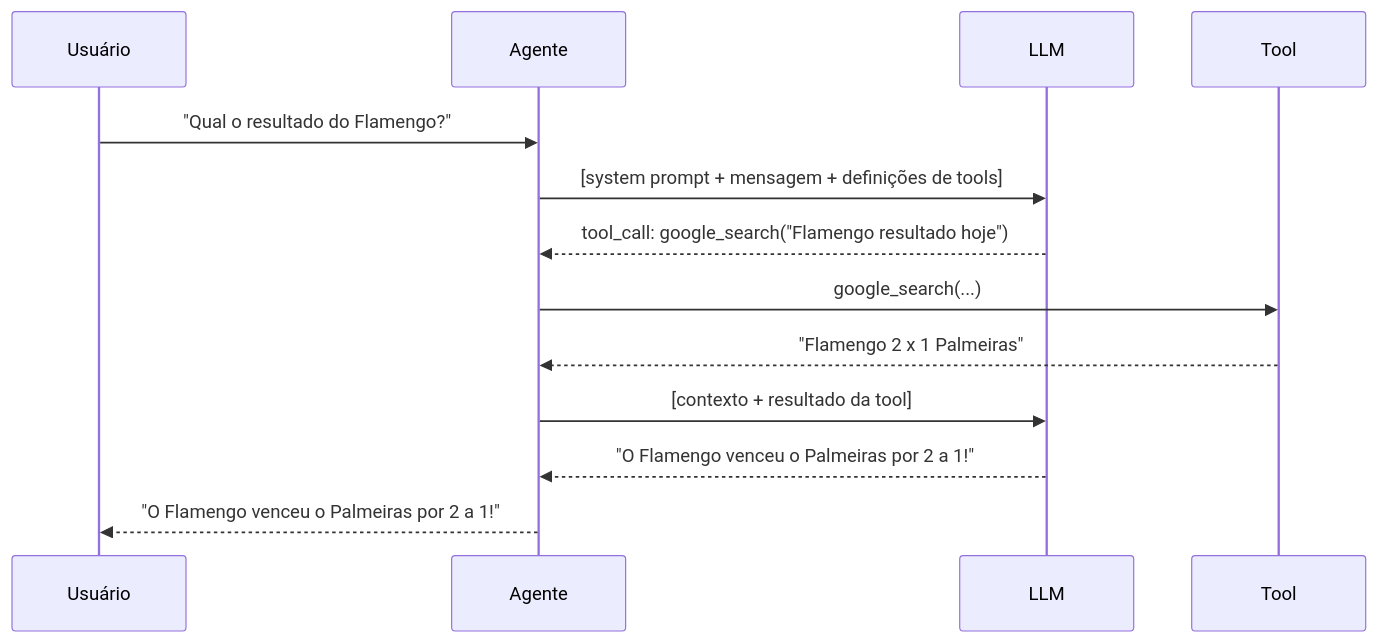
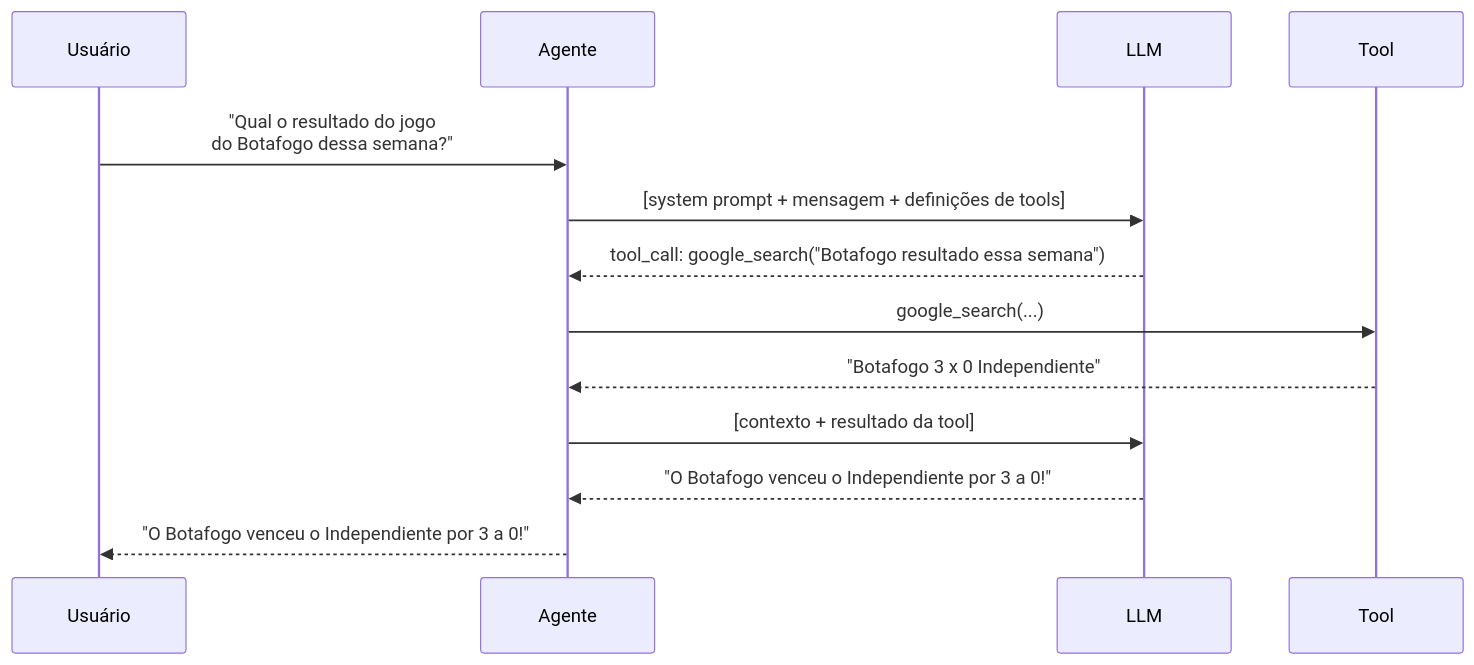
One commit to o-mago/companion-workshop changed the second of 4 diagrams in slides/slides.md. Above: the diagram before and after it, drawn with Mermaid. The commit also changed other lines of this file and 5 other files, not shown here.

````diff
--- a/slides/slides.md
+++ b/slides/slides.md
@@ -396,16 +636,16 @@
 ```mermaid {scale: 0.68}
 sequenceDiagram
     participant U as Usuário
     participant A as Agente
     participant L as LLM
     participant T as Tool
 
-    U->>A: "Qual o resultado do Flamengo?"
+    U->>A: "Qual o resultado do jogo <br> do Botafogo dessa semana?"
     A->>L: [system prompt + mensagem + definições de tools]
-    L-->>A: tool_call: google_search("Flamengo resultado hoje")
+    L-->>A: tool_call: google_search("Botafogo resultado essa semana")
     A->>T: google_search(...)
-    T-->>A: "Flamengo 2 x 1 Palmeiras"
+    T-->>A: "Botafogo 3 x 0 Independiente"
     A->>L: [contexto + resultado da tool]
-    L-->>A: "O Flamengo venceu o Palmeiras por 2 a 1!"
-    A-->>U: "O Flamengo venceu o Palmeiras por 2 a 1!"
+    L-->>A: "O Botafogo venceu o Independiente por 3 a 0!"
+    A-->>U: "O Botafogo venceu o Independiente por 3 a 0!"
 ```
````
